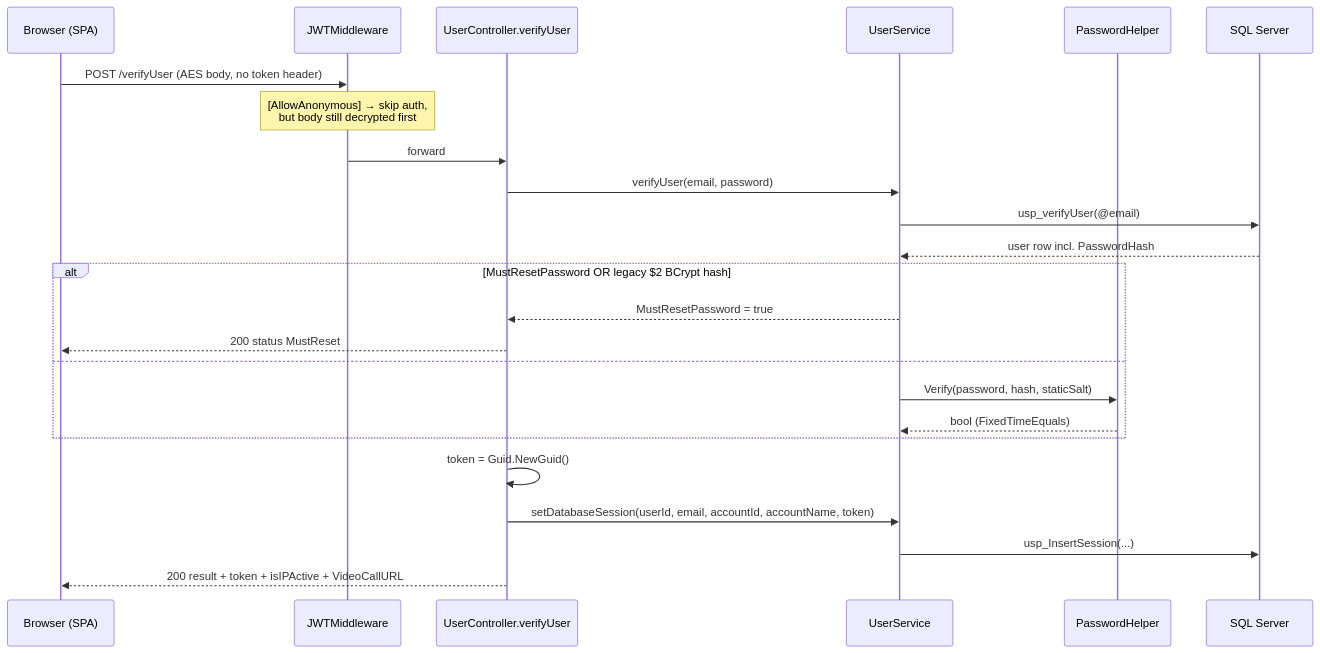
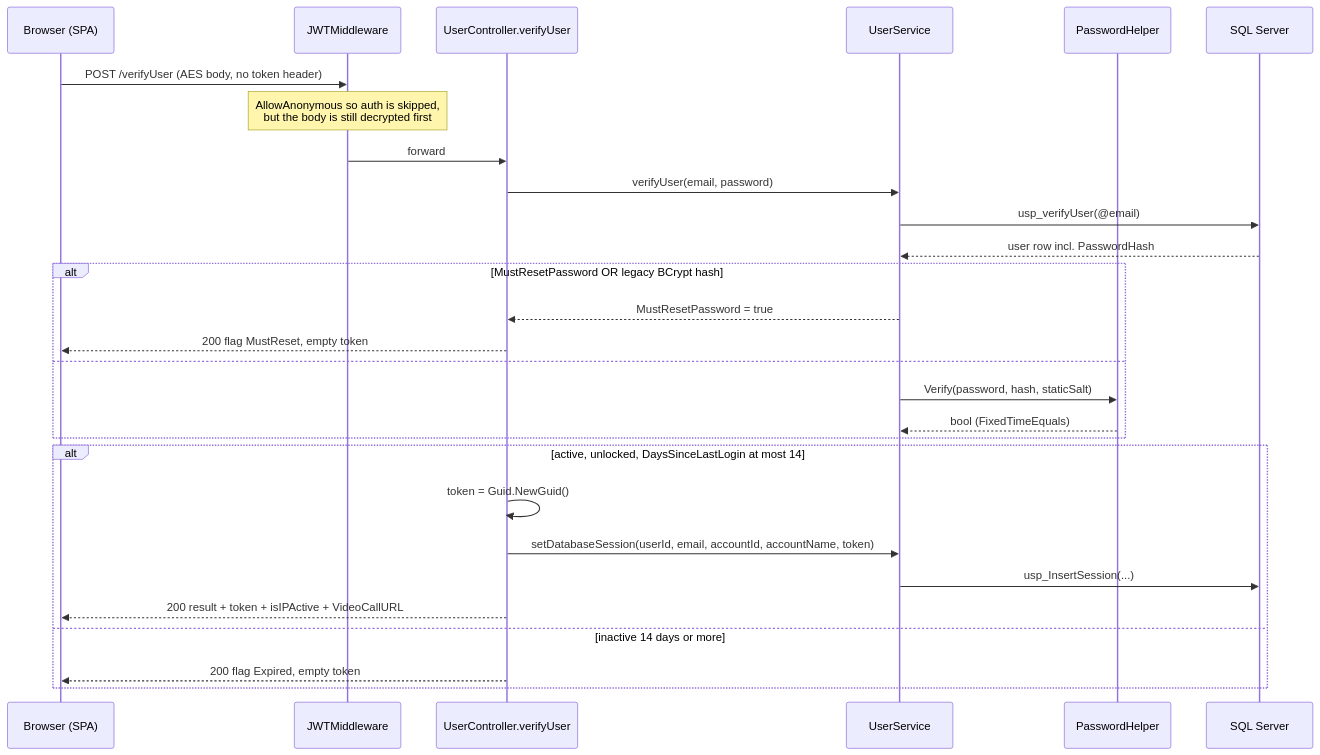
One commit to hemsingh-3PG/sai-systems-AIRE changed the first of 5 diagrams in docs/architecture-diagrams/01-auth-identity-tenancy-deep-dive-diagrams.md. Above: the diagram before and after it, drawn with Mermaid. The commit also changed other lines of this file and 285 other files, not shown here.

````diff
--- a/docs/architecture-diagrams/01-auth-identity-tenancy-deep-dive-diagrams.md
+++ b/docs/architecture-diagrams/01-auth-identity-tenancy-deep-dive-diagrams.md
@@ -14,27 +11,31 @@
 ```mermaid
 sequenceDiagram
   participant U as Browser (SPA)
   participant MW as JWTMiddleware
   participant C as UserController.verifyUser
   participant S as UserService
   participant P as PasswordHelper
   participant DB as SQL Server
 
   U->>MW: POST /verifyUser (AES body, no token header)
-  Note over MW: [AllowAnonymous] → skip auth,<br/>but body still decrypted first
+  Note over MW: AllowAnonymous so auth is skipped,<br/>but the body is still decrypted first
   MW->>C: forward
   C->>S: verifyUser(email, password)
   S->>DB: usp_verifyUser(@email)
   DB-->>S: user row incl. PasswordHash
-  alt MustResetPassword OR legacy $2 BCrypt hash
+  alt MustResetPassword OR legacy BCrypt hash
     S-->>C: MustResetPassword = true
-    C-->>U: 200 status MustReset
+    C-->>U: 200 flag MustReset, empty token
   else
     S->>P: Verify(password, hash, staticSalt)
     P-->>S: bool (FixedTimeEquals)
   end
-  C->>C: token = Guid.NewGuid()
-  C->>S: setDatabaseSession(userId, email, accountId, accountName, token)
-  S->>DB: usp_InsertSession(...)
-  C-->>U: 200 result + token + isIPActive + VideoCallURL
+  alt active, unlocked, DaysSinceLastLogin at most 14
+    C->>C: token = Guid.NewGuid()
+    C->>S: setDatabaseSession(userId, email, accountId, accountName, token)
+    S->>DB: usp_InsertSession(...)
+    C-->>U: 200 result + token + isIPActive + VideoCallURL
+  else inactive 14 days or more
+    C-->>U: 200 flag Expired, empty token
+  end
 ```
````
